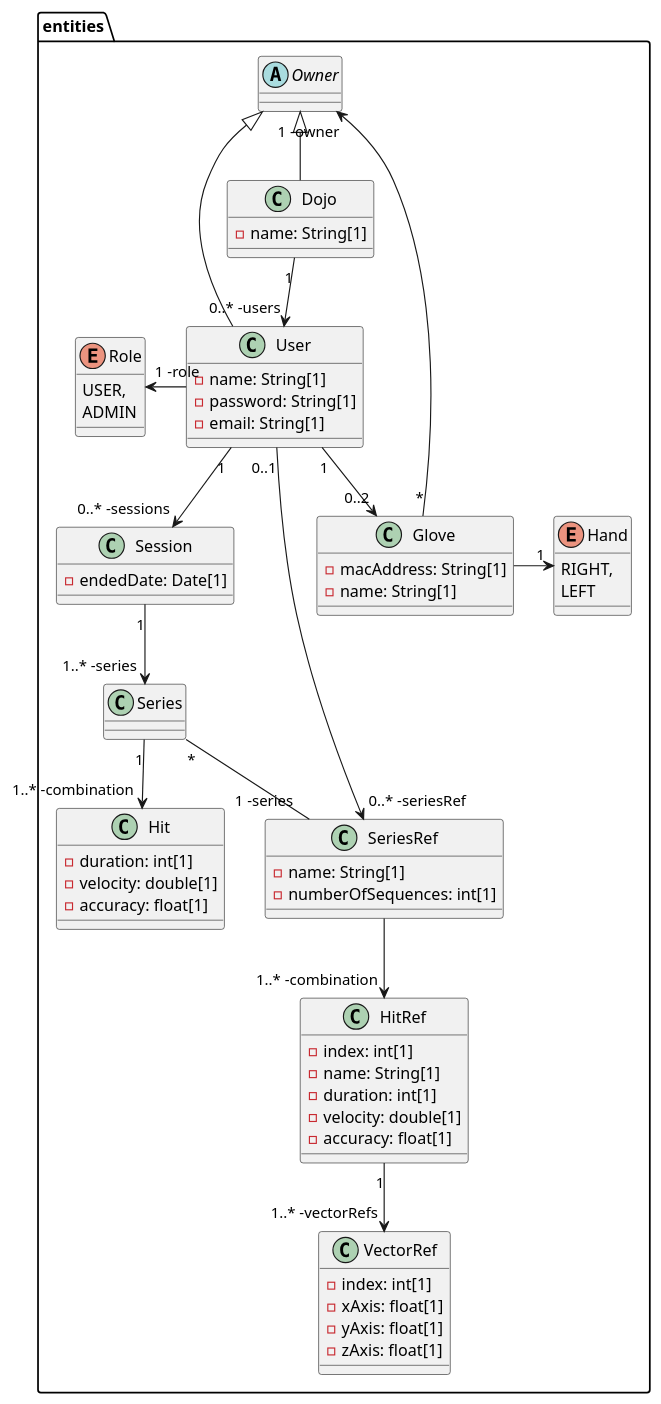
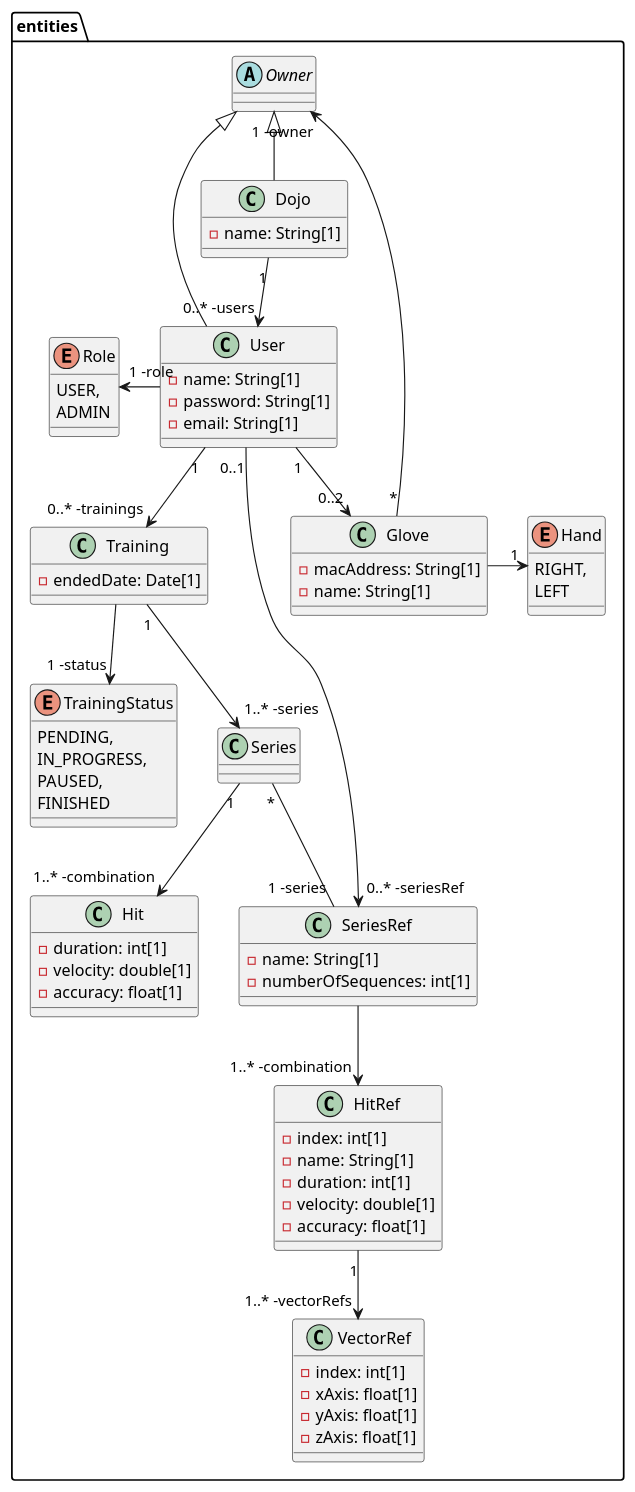
Before and after one commit to gmpvpc/gmpvpc-doc: the diagram in Entity.puml, drawn with PlantUML.

Commit message:
added entity update to v1.1 from redmine

```diff
--- a/Entity.puml
+++ b/Entity.puml
@@ -1,80 +1,87 @@
 @startuml
 package entities {
     'abstract class Entity {
     '    -id: double[1]
     '    -creationDate: Date[1]
     '}
     abstract class Owner {
 
     }
     class User {
         -name: String[1]
         -password: String[1]
         -email: String[1]
     }
     class Dojo {
         -name: String[1]
     }
     class Glove {
         -macAddress: String[1]
         -name: String[1]
     }
     enum Hand {
         RIGHT,
         LEFT
     }
     enum Role {
         USER,
         ADMIN
     }
-    class Session {
+    class Training {
         -endedDate: Date[1]
     }
     class Series {
 
     }
     class Hit {
         -duration: int[1]
         -velocity: double[1]
         -accuracy: float[1]
     }
     class HitRef {
         -index: int[1]
         -name: String[1]
         -duration: int[1]
         -velocity: double[1]
         -accuracy: float[1]
     }
     class SeriesRef {
         -name: String[1]
         -numberOfSequences: int[1]
     }
     class VectorRef {
         -index: int[1]
         -xAxis: float[1]
         -yAxis: float[1]
         -zAxis: float[1]
     }
+    enum TrainingStatus {
+        PENDING,
+        IN_PROGRESS,
+        PAUSED,
+        FINISHED
+    }
     'Entity <|-- Owner
     'Entity <|-- Glove
-    'Entity <|-- Session
+    'Entity <|-- Training
     'Entity <|-- Set
     'Entity <|-- Hit
     'Entity <|-- SetRef
     'Entity <|-- VectorRef
     Owner <|-- User
     Owner <|-- Dojo
-    User "1" --> "0..* -sessions" Session
-    Session "1" --> "1..* -series" Series
+    User "1" --> "0..* -trainings" Training
+    Training "1" --> "1..* -series" Series
+    Training --> "1 -status" TrainingStatus
     Series "1" --> "1..* -combination" Hit
     SeriesRef --> "1..* -combination" HitRef
     SeriesRef "0..* -seriesRef" <-- "0..1" User
     HitRef "1" --> "1..* -vectorRefs" VectorRef
     Series "*" -- "1 -series" SeriesRef
     Owner "1 -owner" <-- "*"  Glove
     Dojo "1" --> "0..* -users" User
     User "1" --> "0..2" Glove
     User -left-> "1 -role" Role
     Glove -> "1" Hand
 }
 @enduml
```
